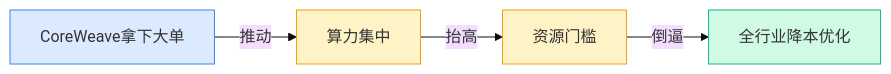
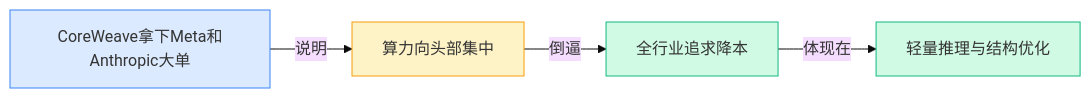
One commit to ylzsdafei/ai-daily-site changed the fifth of 7 diagrams in content/cn/blog/weekly/2026-W16.md. Above: the diagram before and after it, drawn with Mermaid (base theme). The commit also changed other lines of this file and 2 other files, not shown here.

Commit message:
fix: 展开详细图谱改超链接样式 + 更新周报内容

````diff
--- a/content/cn/blog/weekly/2026-W16.md
+++ b/content/cn/blog/weekly/2026-W16.md
@@ -146,12 +146,12 @@
 ```mermaid
 graph LR
-A[CoreWeave拿下大单] -->|推动| B[算力集中]
-B -->|抬高| C[资源门槛]
-C -->|倒逼| D[全行业降本优化]
+A[CoreWeave拿下Meta和Anthropic大单]-->|说明|B[算力向头部集中]
+B-->|倒逼|C[全行业追求降本]
+C-->|体现在|D[轻量推理与结构优化]
 classDef blue fill:#dbeafe,stroke:#3b82f6
 classDef yellow fill:#fef3c7,stroke:#f59e0b
 classDef green fill:#d1fae5,stroke:#10b981
 class A blue
-class B,C yellow
-class D green
+class B yellow
+class C,D green
 ```
````
